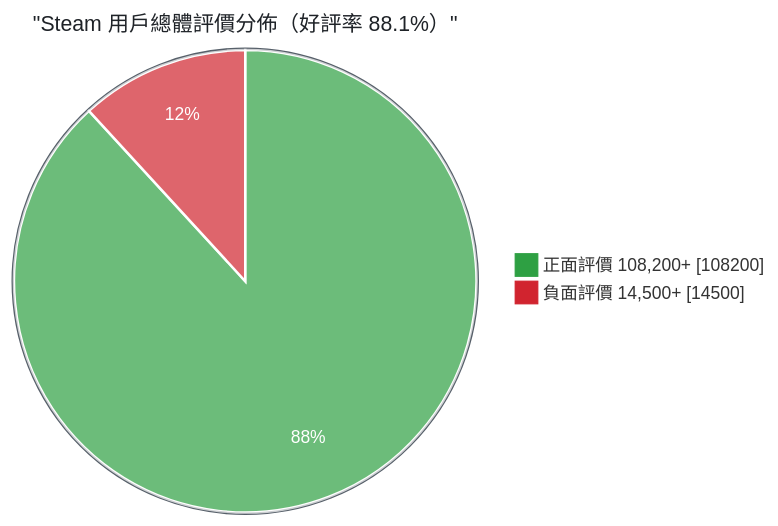
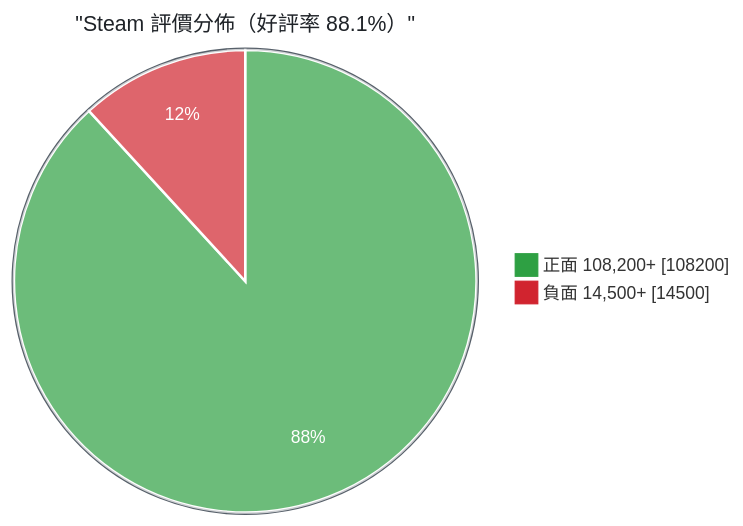
One commit to anku0910/LHU-AI-10-22 changed the second of 3 diagrams in README.md. Above: the diagram before and after it, drawn with Mermaid. The commit also changed other lines of this file, not shown here.

Commit message:
docs: 重寫排版與配色，雷達圖改為標籤排行

````diff
--- a/README.md
+++ b/README.md
@@ -67,7 +64,7 @@
 ```mermaid
 %%{init: {"theme": "base", "themeVariables": {"pie1": "#2ea043", "pie2": "#d1242f", "pieStrokeColor": "#ffffff", "pieStrokeWidth": "2px", "pieOuterStrokeColor": "#57606a", "pieTitleTextColor": "#1f2328", "pieTitleTextSize": "17px", "pieSectionTextColor": "#ffffff", "pieSectionTextSize": "14px", "pieLegendTextSize": "14px"}}}%%
 pie showData
-    title "Steam 用戶總體評價分佈（好評率 88.1%）"
-    "正面評價 108,200+" : 108200
-    "負面評價 14,500+" : 14500
+    title "Steam 評價分佈（好評率 88.1%）"
+    "正面 108,200+" : 108200
+    "負面 14,500+" : 14500
 ```
````
